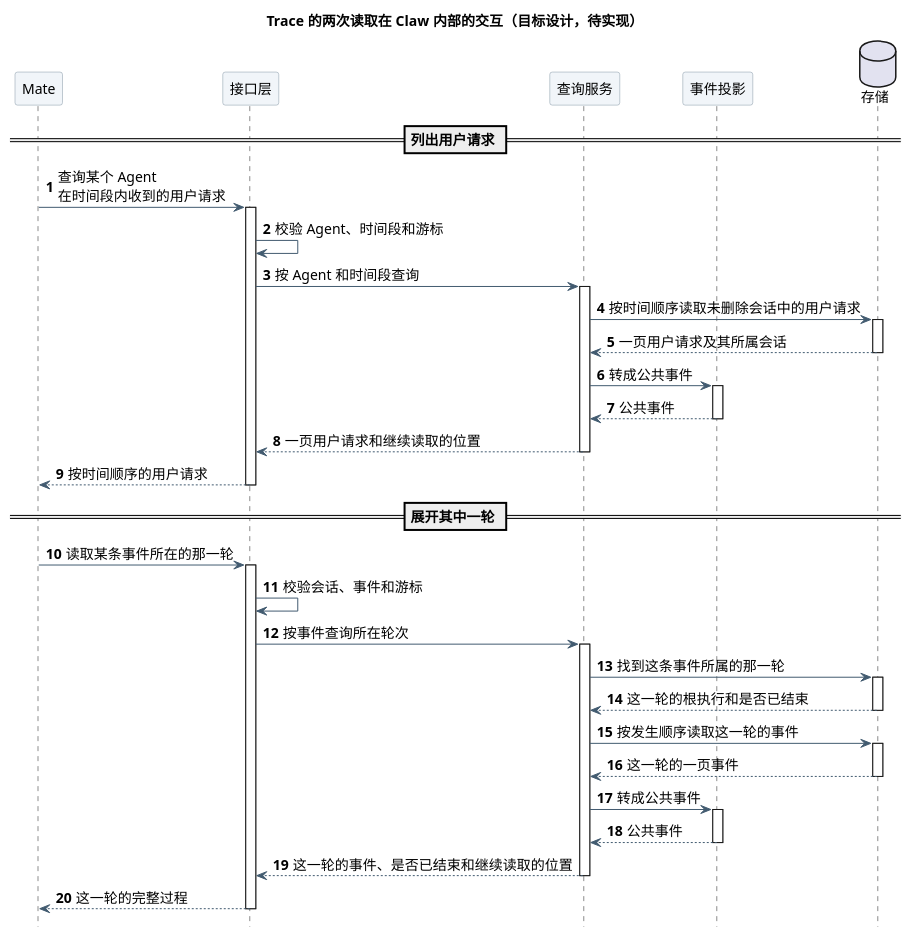
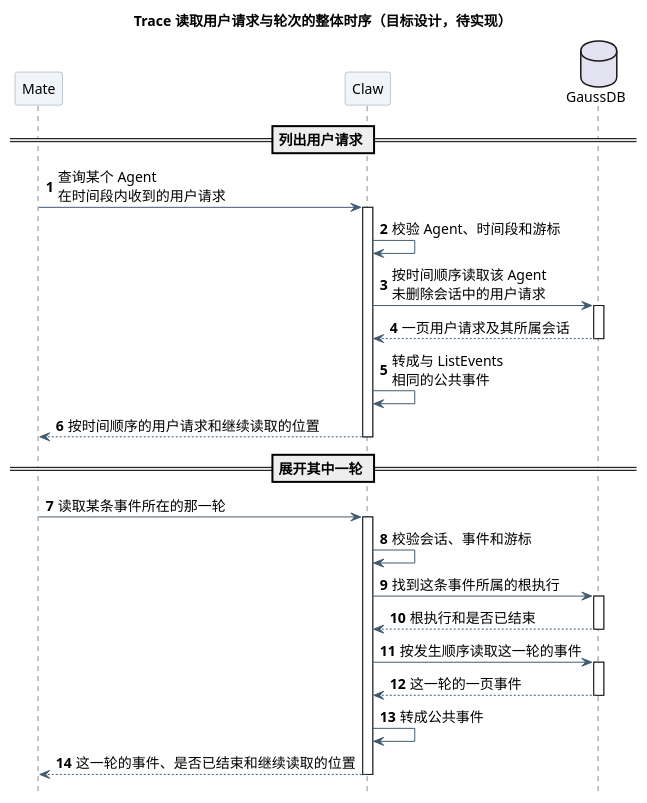
One commit to ssm0808/pi-mono-java-design changed the first of 3 diagrams in 01-总体架构/01-CampusClaw多Agent运行时/设计图/Agent用户事件查询/diagram.puml. Above: the diagram before and after it, drawn with PlantUML. The commit also changed other lines of this file and 5 other files, not shown here.

```diff
--- a/01-总体架构/01-CampusClaw多Agent运行时/设计图/Agent用户事件查询/diagram.puml
+++ b/01-总体架构/01-CampusClaw多Agent运行时/设计图/Agent用户事件查询/diagram.puml
@@ -1,68 +1,52 @@
 @startuml agent_user_events_overview
 ' 源码证据：pi-mono-java main 769e86592285f4a25b0febaf551eddea6bc7212c
 ' modules/coding-agent-cli/src/main/java/com/campusclaw/codingagent/runtimeapi/
 ' web/RuntimeEventController.java:list
 ' event/CommittedEventQueryService.java:list,pageOf
 ' event/CommittedEventProjection.java:project
 ' persistence/MyBatisRuntimeExecutionControlRepository.java:linkCommittedEvent
 ' 已观察行为：事件只能按单个 Session 读取；轮次以根执行和结果段关联的形式存在。
-' 设计原因：只画 Mate 调用后 Claw 内部的交互；Mate 的认证与权限判断不在本图范围。
+' 设计原因：服务级视图，只画 Mate、Claw 与 GaussDB 之间的交互；Claw 内部分层见详细时序与类图。
 ' 待实现：两个读取接口和事件表 agent_id 索引。
 skinparam backgroundColor white
 skinparam defaultFontName SansSerif
 skinparam defaultFontSize 14
 skinparam shadowing false
 skinparam ArrowColor #425B70
 skinparam sequenceParticipantBackgroundColor #F1F5F9
 skinparam sequenceParticipantBorderColor #8496A4
 skinparam sequenceMessageAlign left
 skinparam maxMessageSize 190
 hide footbox
 autonumber
-title Trace 的两次读取在 Claw 内部的交互（目标设计，待实现）
+title Trace 读取用户请求与轮次的整体时序（目标设计，待实现）
 participant "Mate" as Mate
-participant "接口层" as Web
-participant "查询服务" as Svc
-participant "事件投影" as Proj
-database "存储" as Store
+participant "Claw" as Claw
+database "GaussDB" as DB
 == 列出用户请求 ==
-Mate -> Web : 查询某个 Agent 在时间段内收到的用户请求
-activate Web
-Web -> Web : 校验 Agent、时间段和游标
-Web -> Svc : 按 Agent 和时间段查询
-activate Svc
-Svc -> Store : 按时间顺序读取未删除会话中的用户请求
-activate Store
-Store --> Svc : 一页用户请求及其所属会话
-deactivate Store
-Svc -> Proj : 转成公共事件
-activate Proj
-Proj --> Svc : 公共事件
-deactivate Proj
-Svc --> Web : 一页用户请求和继续读取的位置
-deactivate Svc
-Web --> Mate : 按时间顺序的用户请求
-deactivate Web
+Mate -> Claw : 查询某个 Agent 在时间段内收到的用户请求
+activate Claw
+Claw -> Claw : 校验 Agent、时间段和游标
+Claw -> DB : 按时间顺序读取该 Agent 未删除会话中的用户请求
+activate DB
+DB --> Claw : 一页用户请求及其所属会话
+deactivate DB
+Claw -> Claw : 转成与 ListEvents 相同的公共事件
+Claw --> Mate : 按时间顺序的用户请求和继续读取的位置
+deactivate Claw
 == 展开其中一轮 ==
-Mate -> Web : 读取某条事件所在的那一轮
-activate Web
-Web -> Web : 校验会话、事件和游标
-Web -> Svc : 按事件查询所在轮次
-activate Svc
-Svc -> Store : 找到这条事件所属的那一轮
-activate Store
-Store --> Svc : 这一轮的根执行和是否已结束
-deactivate Store
-Svc -> Store : 按发生顺序读取这一轮的事件
-activate Store
-Store --> Svc : 这一轮的一页事件
-deactivate Store
-Svc -> Proj : 转成公共事件
-activate Proj
-Proj --> Svc : 公共事件
-deactivate Proj
-Svc --> Web : 这一轮的事件、是否已结束和继续读取的位置
-deactivate Svc
-Web --> Mate : 这一轮的完整过程
-deactivate Web
+Mate -> Claw : 读取某条事件所在的那一轮
+activate Claw
+Claw -> Claw : 校验会话、事件和游标
+Claw -> DB : 找到这条事件所属的根执行
+activate DB
+DB --> Claw : 根执行和是否已结束
+deactivate DB
+Claw -> DB : 按发生顺序读取这一轮的事件
+activate DB
+DB --> Claw : 这一轮的一页事件
+deactivate DB
+Claw -> Claw : 转成公共事件
+Claw --> Mate : 这一轮的事件、是否已结束和继续读取的位置
+deactivate Claw
 @enduml
```
